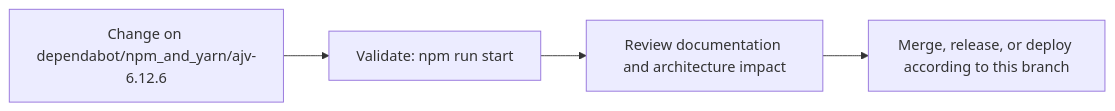
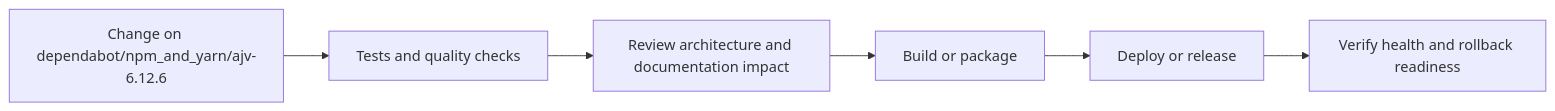
One commit to Nischhalsubba/wp_Theme_Ronal changed the fourth of 5 diagrams in README.md. Above: the diagram before and after it, drawn with Mermaid. The commit also changed other lines of this file, not shown here.

````diff
--- a/README.md
+++ b/README.md
@@ -69,8 +145,8 @@
 ```mermaid
 flowchart LR
-    CHANGE["Change on dependabot/npm_and_yarn/ajv-6.12.6"]
-    CHECK["Validate: npm run start"]
-    REVIEW["Review documentation and architecture impact"]
-    RELEASE["Merge, release, or deploy according to this branch"]
-    CHANGE --> CHECK --> REVIEW --> RELEASE
+    CHANGE["Change on dependabot/npm_and_yarn/ajv-6.12.6"] --> CHECK["Tests and quality checks"]
+    CHECK --> REVIEW["Review architecture and documentation impact"]
+    REVIEW --> BUILD["Build or package"]
+    BUILD --> DEPLOY["Deploy or release"]
+    DEPLOY --> VERIFY["Verify health and rollback readiness"]
 ```
````
